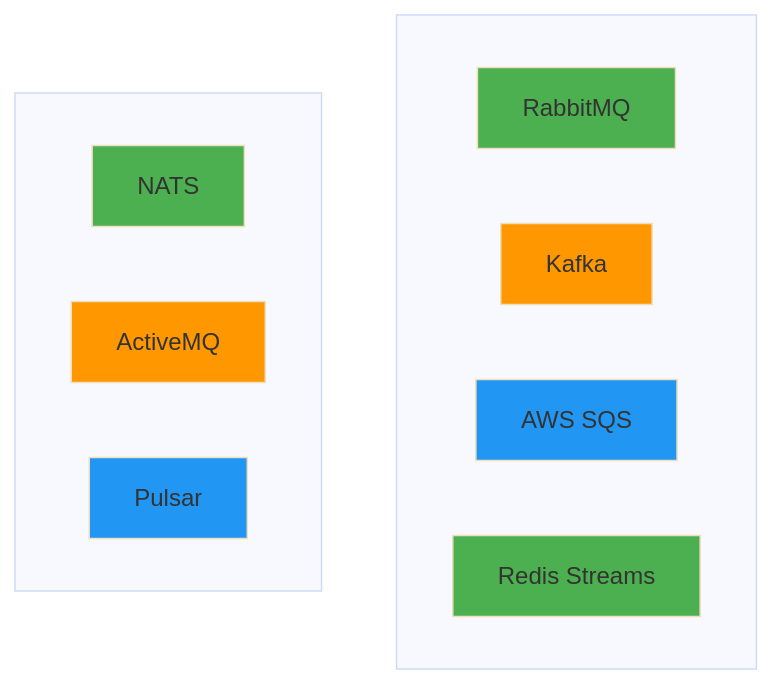
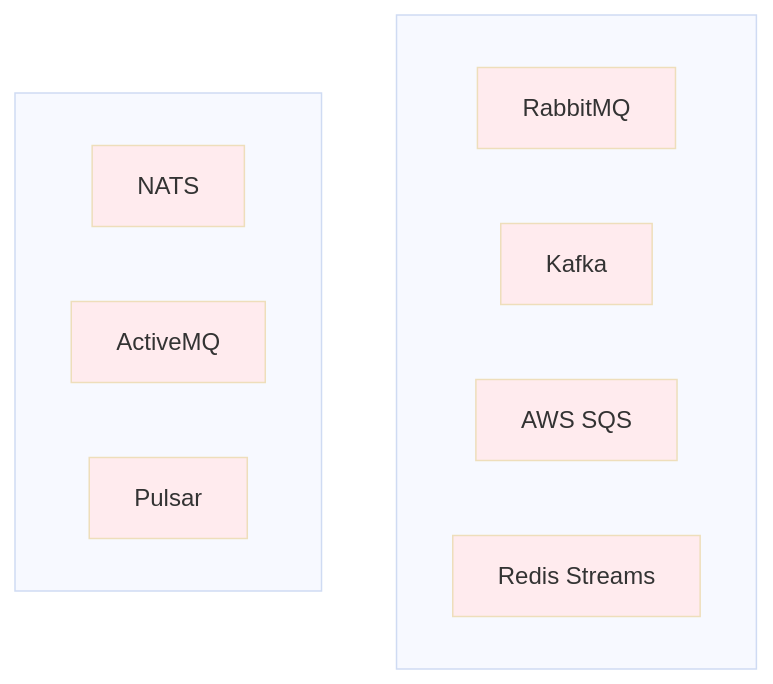
The sixth of 10 diagrams in theory/week_04/day1/challenge_2.md (niceguy61/kdt_devops_lecture_2025), drawn with Mermaid (base theme) before and after one commit. The commit also changed other lines of this file, not shown here.

````diff
--- a/theory/week_04/day1/challenge_2.md
+++ b/theory/week_04/day1/challenge_2.md
@@ -281,23 +281,23 @@
 ```mermaid
 graph TB
     subgraph col1[" "]
         A[RabbitMQ]
         B[Kafka]
         C[AWS SQS]
         D[Redis Streams]
     end
     
     subgraph col2[" "]
         E[NATS]
         F[ActiveMQ]
         G[Pulsar]
     end
     
-    style A fill:#4caf50
-    style B fill:#ff9800
-    style C fill:#2196f3
-    style D fill:#4caf50
-    style E fill:#4caf50
-    style F fill:#ff9800
-    style G fill:#2196f3
+    style A fill:#ffebee
+    style B fill:#ffebee
+    style C fill:#ffebee
+    style D fill:#ffebee
+    style E fill:#ffebee
+    style F fill:#ffebee
+    style G fill:#ffebee
 ```
````
